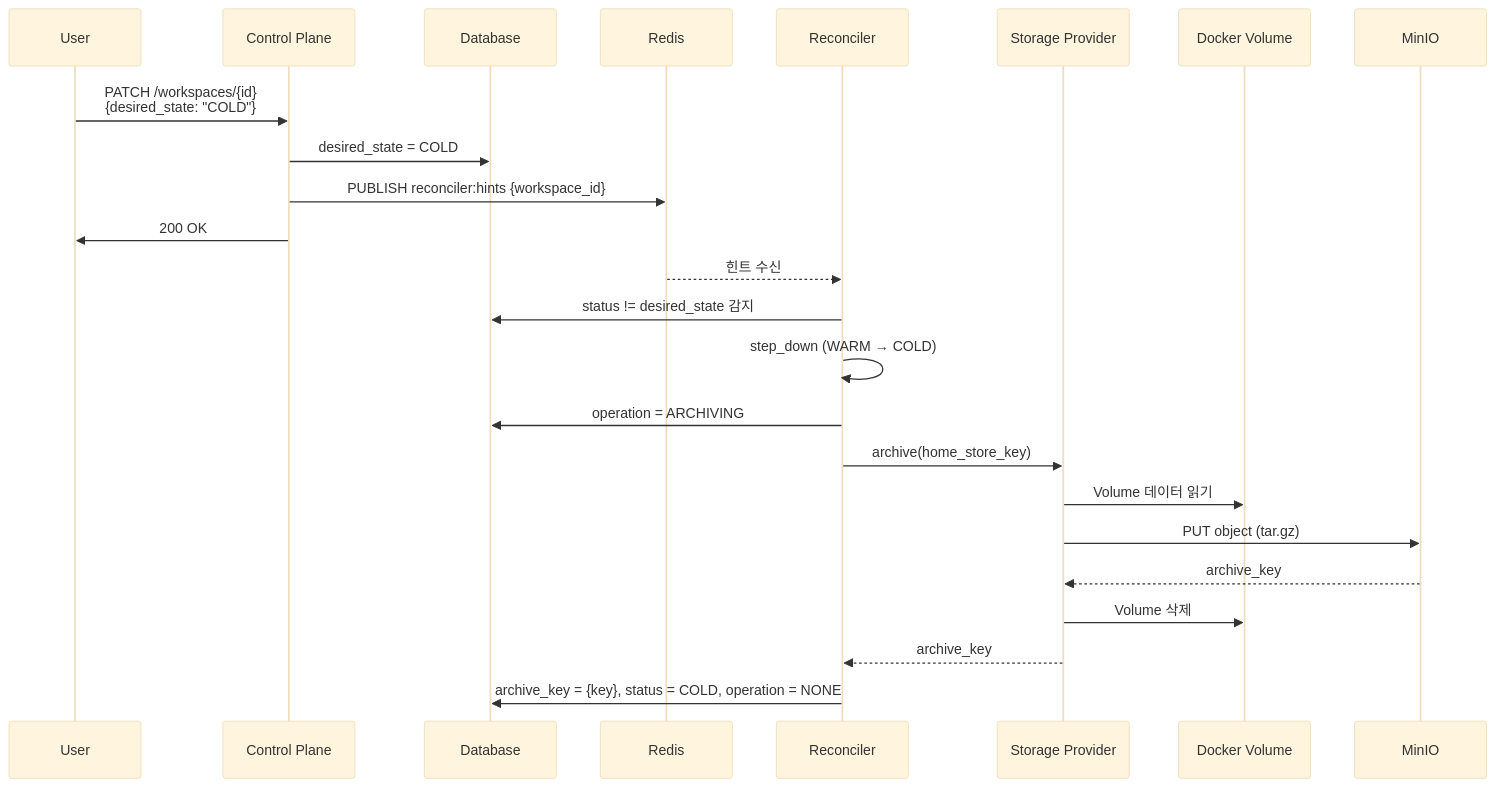
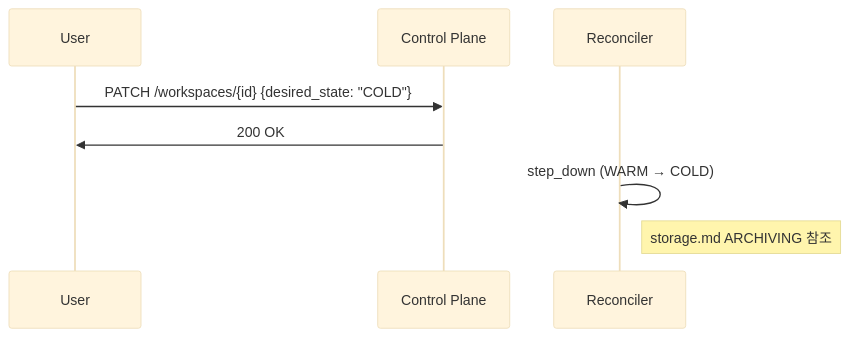
One commit to cagojeiger/code-hub changed the seventh of 9 diagrams in docs/spec_v2/flows.md. Above: the diagram before and after it, drawn with Mermaid (base theme). The commit also changed other lines of this file and 6 other files, not shown here.

First line of the commit message:
docs(spec_v2): refactor into layered architecture

````diff
--- a/docs/spec_v2/flows.md
+++ b/docs/spec_v2/flows.md
@@ -240,28 +153,12 @@
 ```mermaid
 sequenceDiagram
     participant U as User
     participant API as Control Plane
-    participant DB as Database
-    participant Redis as Redis
     participant R as Reconciler
-    participant S as Storage Provider
-    participant V as Docker Volume
-    participant M as MinIO
 
-    U->>API: PATCH /workspaces/{id}<br/>{desired_state: "COLD"}
-    API->>DB: desired_state = COLD
-    API->>Redis: PUBLISH reconciler:hints {workspace_id}
+    U->>API: PATCH /workspaces/{id} {desired_state: "COLD"}
     API->>U: 200 OK
 
-    Redis-->>R: 힌트 수신
-    R->>DB: status != desired_state 감지
     R->>R: step_down (WARM → COLD)
-    R->>DB: operation = ARCHIVING
-    R->>S: archive(home_store_key)
-    S->>V: Volume 데이터 읽기
-    S->>M: PUT object (tar.gz)
-    M-->>S: archive_key
-    S->>V: Volume 삭제
-    S-->>R: archive_key
-    R->>DB: archive_key = {key}, status = COLD, operation = NONE
+    Note right of R: storage.md ARCHIVING 참조
 ```
````
